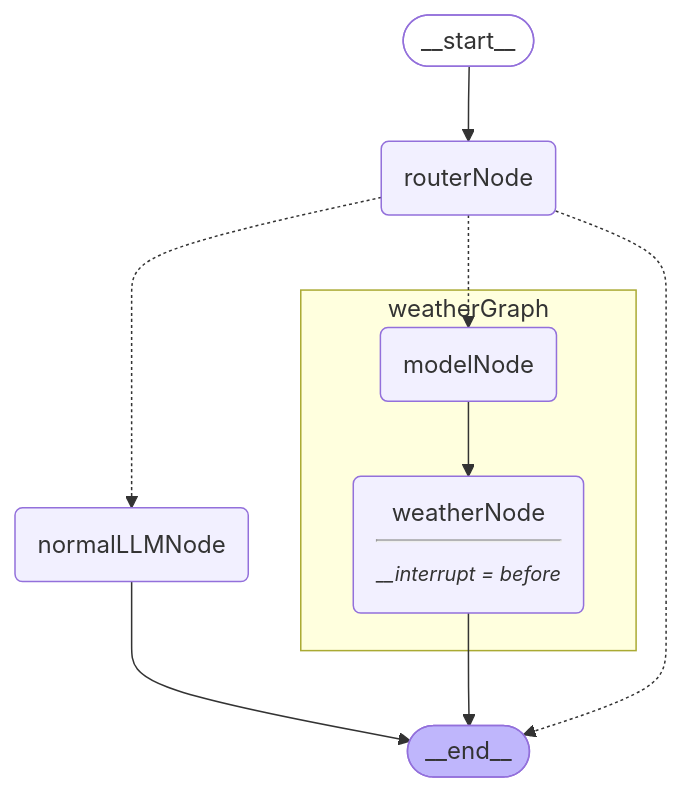
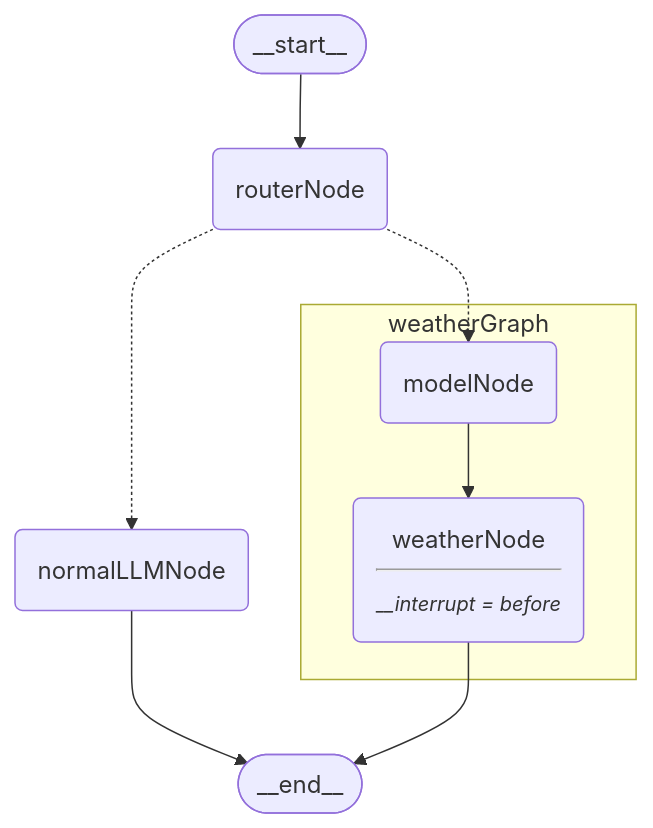
The diagram in README.md (YehyaHayati/learnMCP), drawn with Mermaid before and after one commit.

````diff
--- a/README.md
+++ b/README.md
@@ -3,21 +3,17 @@
 ```mermaid
 graph TD;
-        __start__([<p>__start__</p>]):::first
+        __start__([<p>__start__</p>])
         routerNode(routerNode)
         normalLLMNode(normalLLMNode)
         weatherGraph_modelNode(modelNode)
         weatherGraph_weatherNode(weatherNode<hr/><small><em>__interrupt = before</em></small>)
-        __end__([<p>__end__</p>]):::last
+        __end__([<p>__end__</p>])
         __start__ --> routerNode;
         normalLLMNode --> __end__;
         weatherGraph_weatherNode --> __end__;
         routerNode -.-> normalLLMNode;
         routerNode -.-> weatherGraph_modelNode;
-        routerNode -.-> __end__;
         subgraph weatherGraph
         weatherGraph_modelNode --> weatherGraph_weatherNode;
         end
-        classDef default fill:#f2f0ff,line-height:1.2;
-        classDef first fill-opacity:0;
-        classDef last fill:#bfb6fc;
 ```
````
